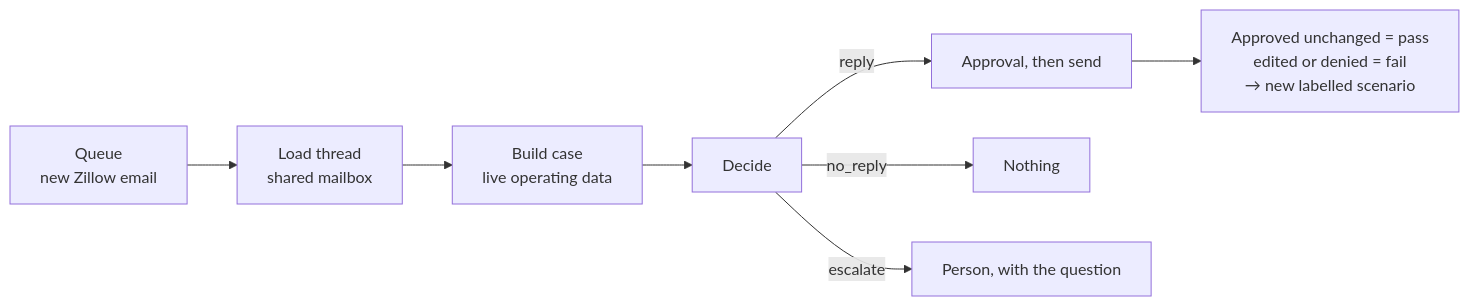
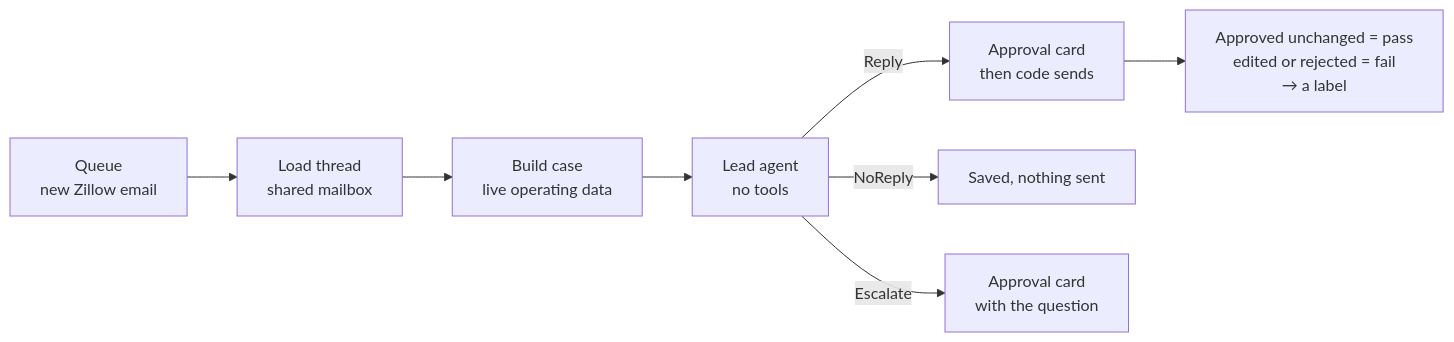
One commit to EmilioEsposito/portfolio changed the third of 3 diagrams in api/src/sernia_ai/zillow_leads/README.md. Above: the diagram before and after it, drawn with Mermaid. The commit also changed other lines of this file and 22 other files, not shown here.

````diff
--- a/api/src/sernia_ai/zillow_leads/README.md
+++ b/api/src/sernia_ai/zillow_leads/README.md
@@ -227,10 +256,10 @@
 ```mermaid
 flowchart LR
     Q["Queue<br/>new Zillow email"] --> T["Load thread<br/>shared mailbox"]
     T --> B["Build case<br/>live operating data"]
-    B --> X["Decide"]
-    X -->|reply| A["Approval, then send"]
-    X -->|no_reply| N["Nothing"]
-    X -->|escalate| H["Person, with the question"]
-    A --> W["Approved unchanged = pass<br/>edited or denied = fail<br/>→ new labelled scenario"]
+    B --> X["Lead agent<br/>no tools"]
+    X -->|Reply| A["Approval card<br/>then code sends"]
+    X -->|NoReply| N["Saved, nothing sent"]
+    X -->|Escalate| H["Approval card<br/>with the question"]
+    A --> W["Approved unchanged = pass<br/>edited or rejected = fail<br/>→ a label"]
 ```
````
